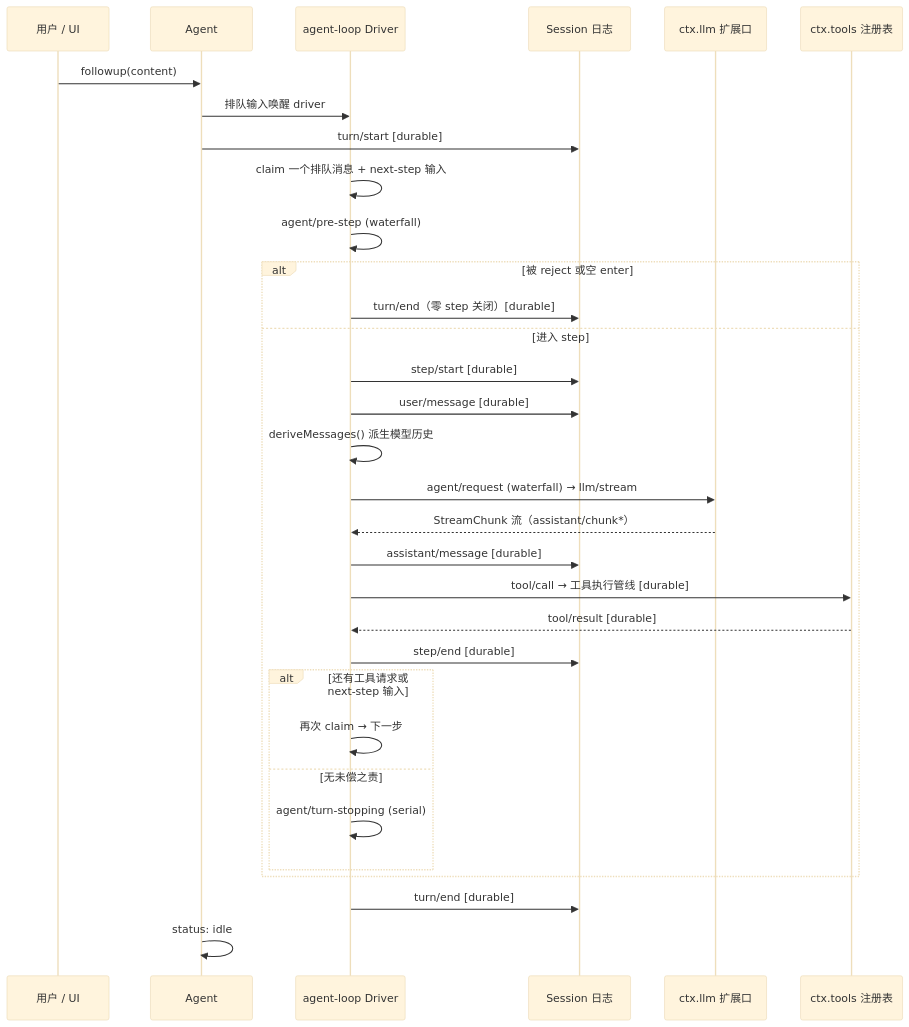
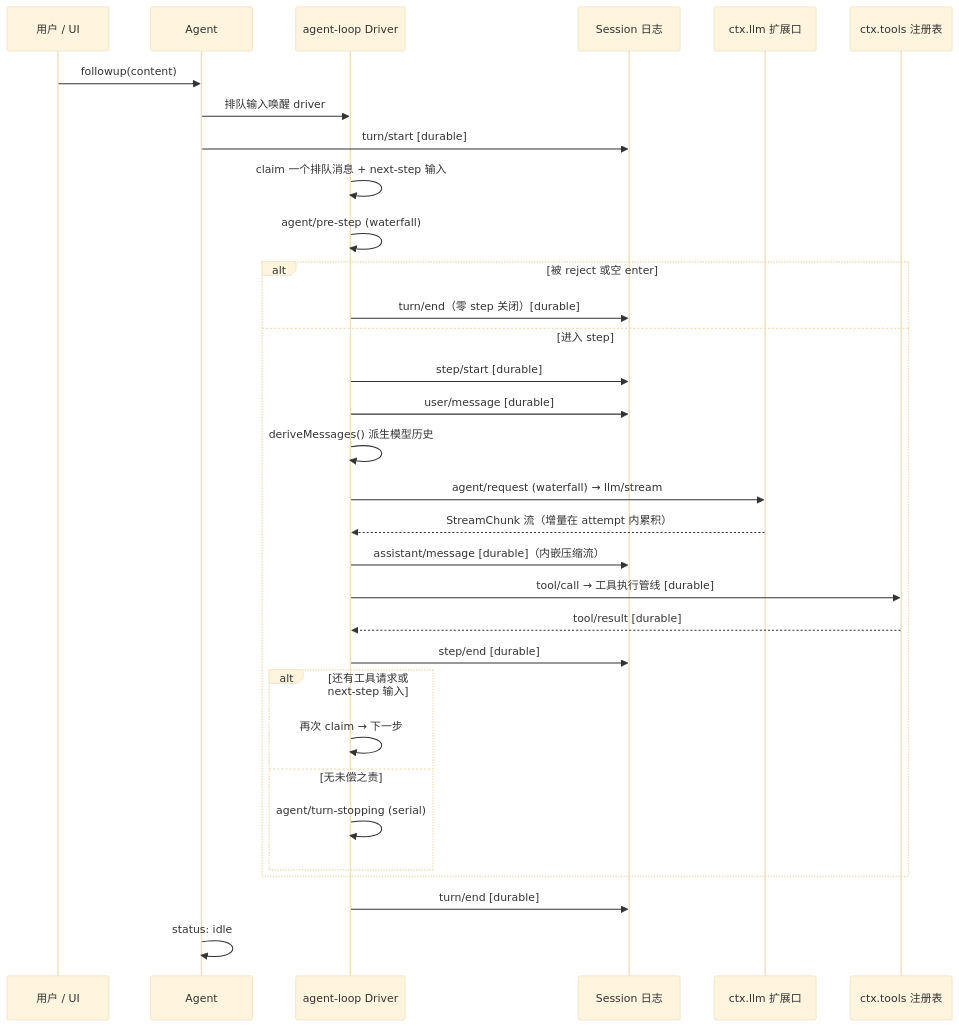
One commit to ZZKeepCurious/mini-deepseek-harness-python changed the first of 5 diagrams in docs/report/03-flows.md. Above: the diagram before and after it, drawn with Mermaid (base theme). The commit also changed other lines of this file and 47 other files, not shown here.

First line of the commit message:
feat(session)!: session event-format V2 — stream embedded in assistant/message, assistant/attempt, wire isSeeded; attachment verbatim files

````diff
--- a/docs/report/03-flows.md
+++ b/docs/report/03-flows.md
@@ -22,34 +22,34 @@
 ```mermaid
 sequenceDiagram
   participant U as 用户 / UI
   participant A as Agent
   participant D as agent-loop Driver
   participant S as Session 日志
   participant LLM as ctx.llm 扩展口
   participant T as ctx.tools 注册表
   U->>A: followup(content)
   A->>D: 排队输入唤醒 driver
   A->>S: turn/start [durable]
   D->>D: claim 一个排队消息 + next-step 输入
   D->>D: agent/pre-step (waterfall)
   alt 被 reject 或空 enter
     D->>S: turn/end（零 step 关闭）[durable]
   else 进入 step
     D->>S: step/start [durable]
     D->>S: user/message [durable]
     D->>D: deriveMessages() 派生模型历史
     D->>LLM: agent/request (waterfall) → llm/stream
-    LLM-->>D: StreamChunk 流（assistant/chunk*）
-    D->>S: assistant/message [durable]
+    LLM-->>D: StreamChunk 流（增量在 attempt 内累积）
+    D->>S: assistant/message [durable]（内嵌压缩流）
     D->>T: tool/call → 工具执行管线 [durable]
     T-->>D: tool/result [durable]
     D->>S: step/end [durable]
     alt 还有工具请求或 next-step 输入
       D->>D: 再次 claim → 下一步
     else 无未偿之责
       D->>D: agent/turn-stopping (serial)
     end
   end
   D->>S: turn/end [durable]
   A->>A: status: idle
 ```
````
